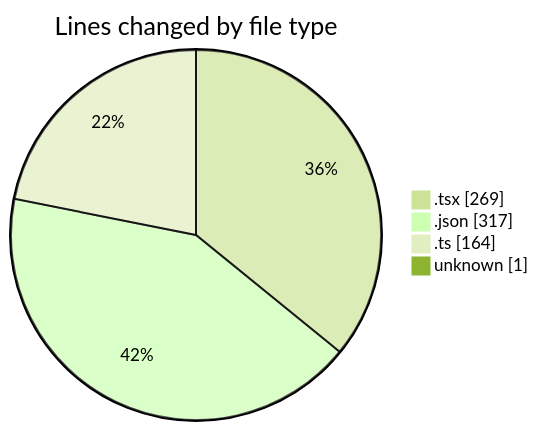
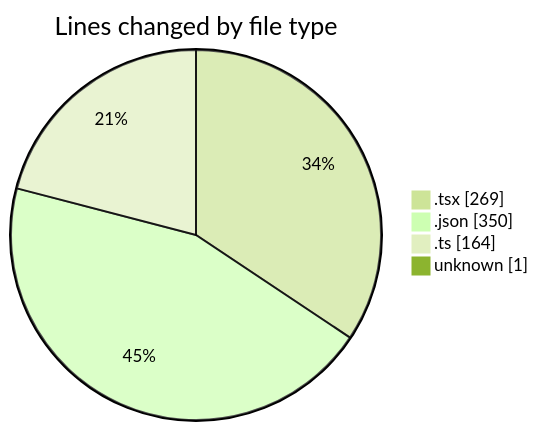
One commit to Elitesun/code-tracking changed the first of 2 diagrams in 2025-04-08/sungpt/README.md. Above: the diagram before and after it, drawn with Mermaid (forest theme). The commit also changed other lines of this file and 1 other file, not shown here.

````diff
--- a/2025-04-08/sungpt/README.md
+++ b/2025-04-08/sungpt/README.md
@@ -28,8 +28,8 @@
 ```mermaid
 pie showData
 title Lines changed by file type
 ".tsx" : 269
-".json" : 317
+".json" : 350
 ".ts" : 164
 "unknown" : 1
 ```
````
